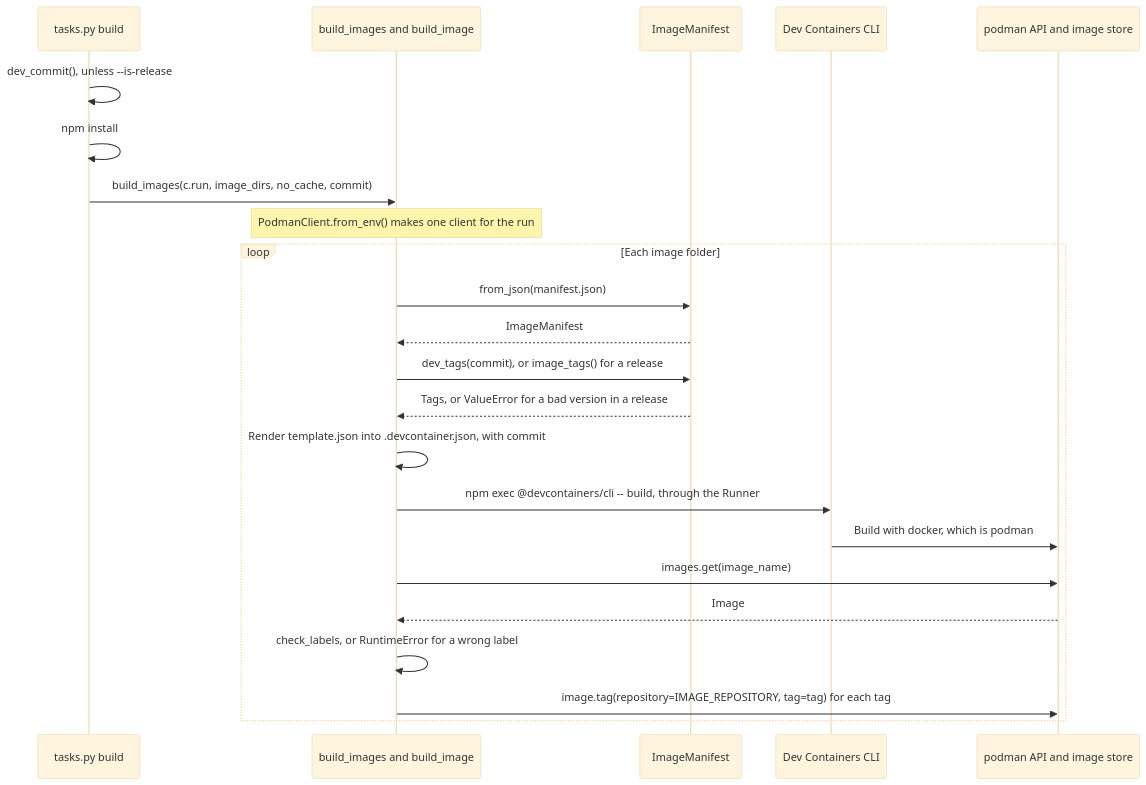
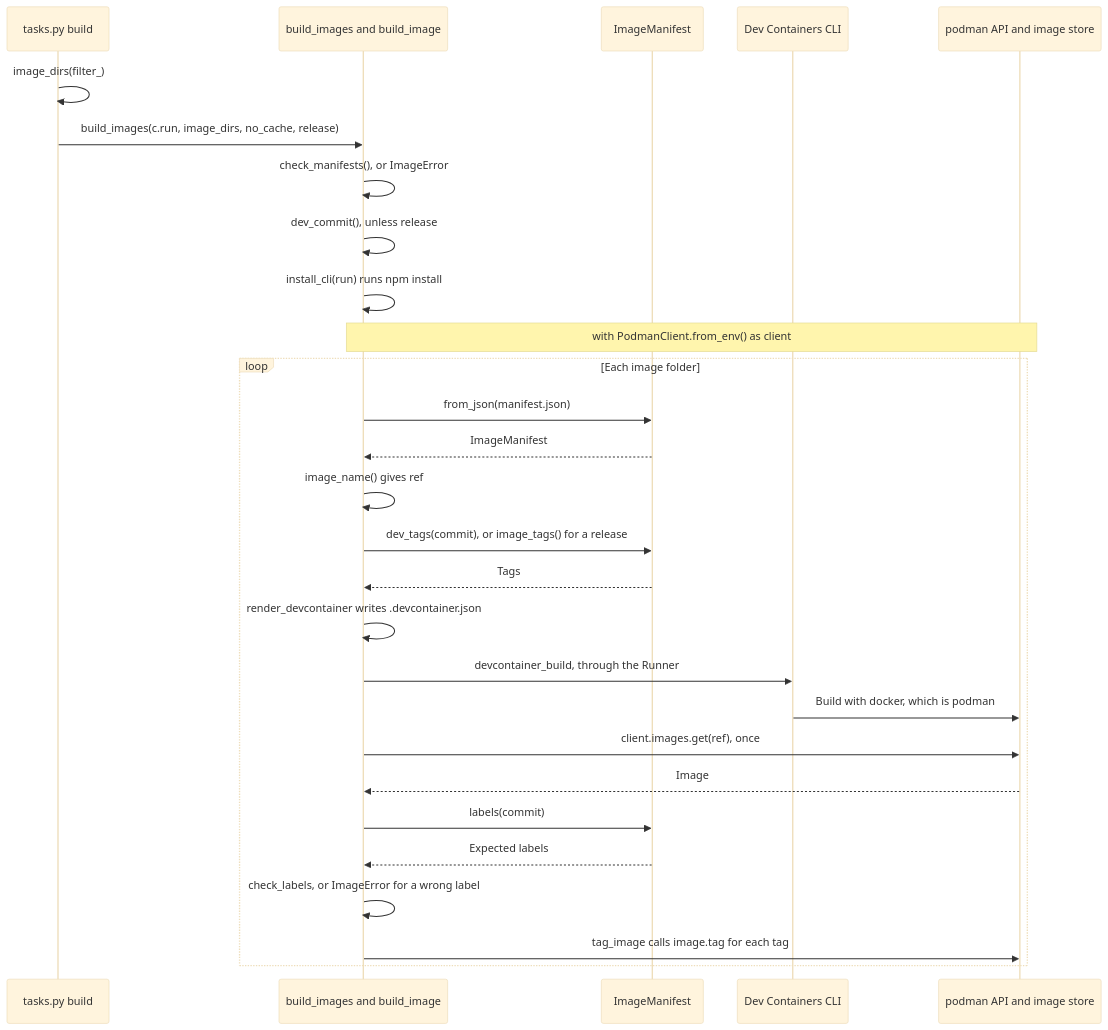
One commit to froazin/devcontainers changed the diagram in docs/container-images/builds.md. Above: the diagram before and after it, drawn with Mermaid (base theme). The commit also changed other lines of this file and 12 other files, not shown here.

````diff
--- a/docs/container-images/builds.md
+++ b/docs/container-images/builds.md
@@ -30,27 +30,32 @@
 ```mermaid
 sequenceDiagram
     accTitle: Building and tagging the images
-    accDescr: Unless it's given --is-release, the build task in tasks.py reads the checked out commit's short SHA, and whether the working tree is dirty, with pygit2. It then runs npm install, then calls build_images, which makes one podman client. For each image folder, build_image loads the manifest and works out its dev tags or, for a release, its version tags. It renders .devcontainer.json, with the label values as build arguments, and runs the Dev Containers CLI through the Runner. The CLI builds with docker, which is podman. build_image then gets the built image from podman, checks its labels and tags it once for each tag.
+    accDescr: The build task in tasks.py finds the image folders with image_dirs and calls build_images. build_images first runs check_manifests on every image. Unless it's a release, it reads the commit with dev_commit. It then runs npm install through install_cli and opens one podman client in a with block. For each image folder, build_image loads the manifest and works out the image name and its dev tags or, for a release, its release tags. It renders .devcontainer.json and runs the Dev Containers CLI through the Runner. The CLI builds with docker, which is podman. build_image then gets the built image from podman once, checks its labels against the manifest's and tags it once for each tag.
     participant task as tasks.py build
     participant build as build_images and build_image
     participant manifest as ImageManifest
     participant cli as Dev Containers CLI
     participant podman as podman API and image store
-    task->>task: dev_commit(), unless --is-release
-    task->>task: npm install
-    task->>build: build_images(c.run, image_dirs, no_cache, commit)
-    Note over build: PodmanClient.from_env() makes one client for the run
+    task->>task: image_dirs(filter_)
+    task->>build: build_images(c.run, image_dirs, no_cache, release)
+    build->>build: check_manifests(), or ImageError
+    build->>build: dev_commit(), unless release
+    build->>build: install_cli(run) runs npm install
+    Note over build,podman: with PodmanClient.from_env() as client
     loop Each image folder
         build->>manifest: from_json(manifest.json)
         manifest-->>build: ImageManifest
+        build->>build: image_name() gives ref
         build->>manifest: dev_tags(commit), or image_tags() for a release
-        manifest-->>build: Tags, or ValueError for a bad version in a release
-        build->>build: Render template.json into .devcontainer.json, with commit
-        build->>cli: npm exec @devcontainers/cli -- build, through the Runner
+        manifest-->>build: Tags
+        build->>build: render_devcontainer writes .devcontainer.json
+        build->>cli: devcontainer_build, through the Runner
         cli->>podman: Build with docker, which is podman
-        build->>podman: images.get(image_name)
+        build->>podman: client.images.get(ref), once
         podman-->>build: Image
-        build->>build: check_labels, or RuntimeError for a wrong label
-        build->>podman: image.tag(repository=IMAGE_REPOSITORY, tag=tag) for each tag
+        build->>manifest: labels(commit)
+        manifest-->>build: Expected labels
+        build->>build: check_labels, or ImageError for a wrong label
+        build->>podman: tag_image calls image.tag for each tag
     end
 ```
````
